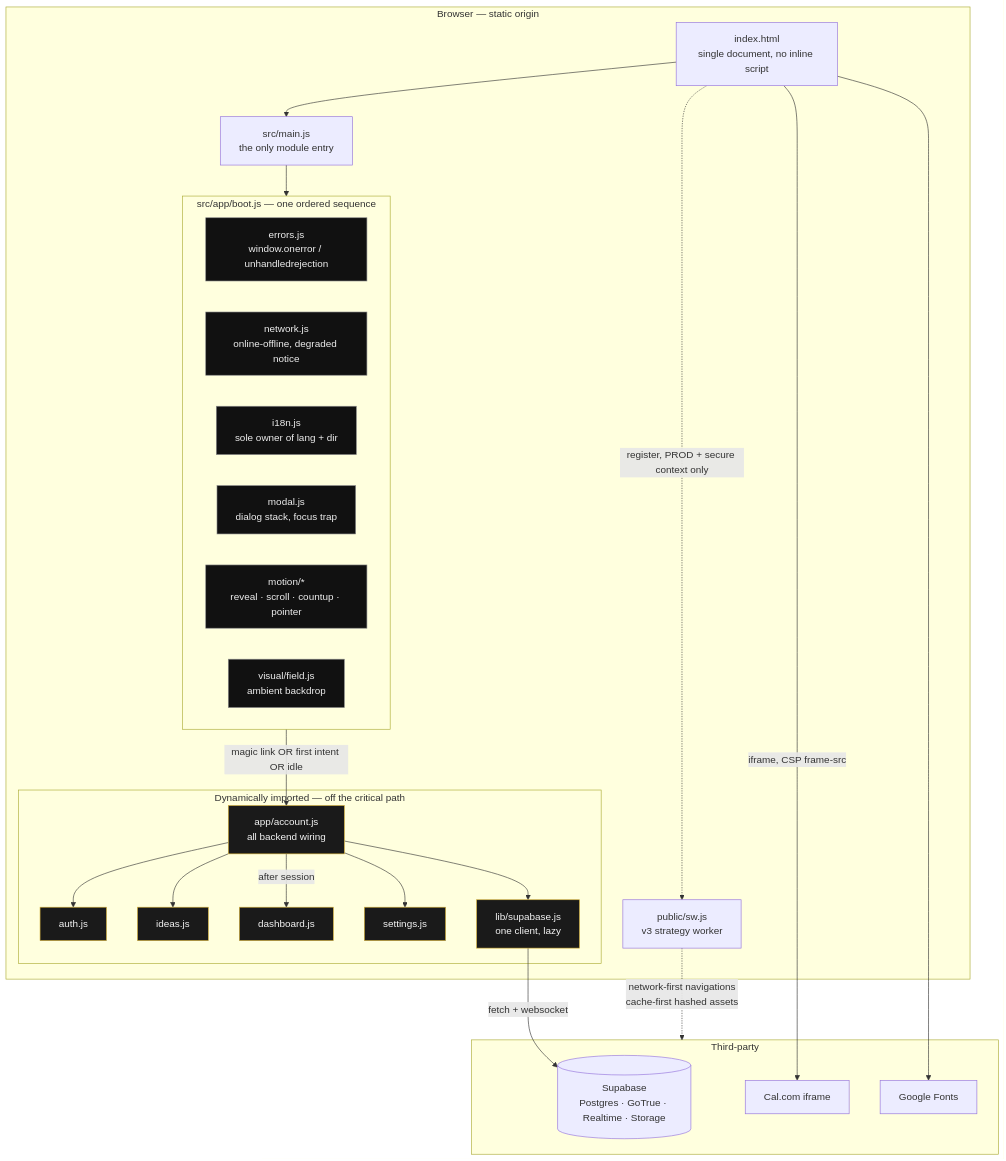
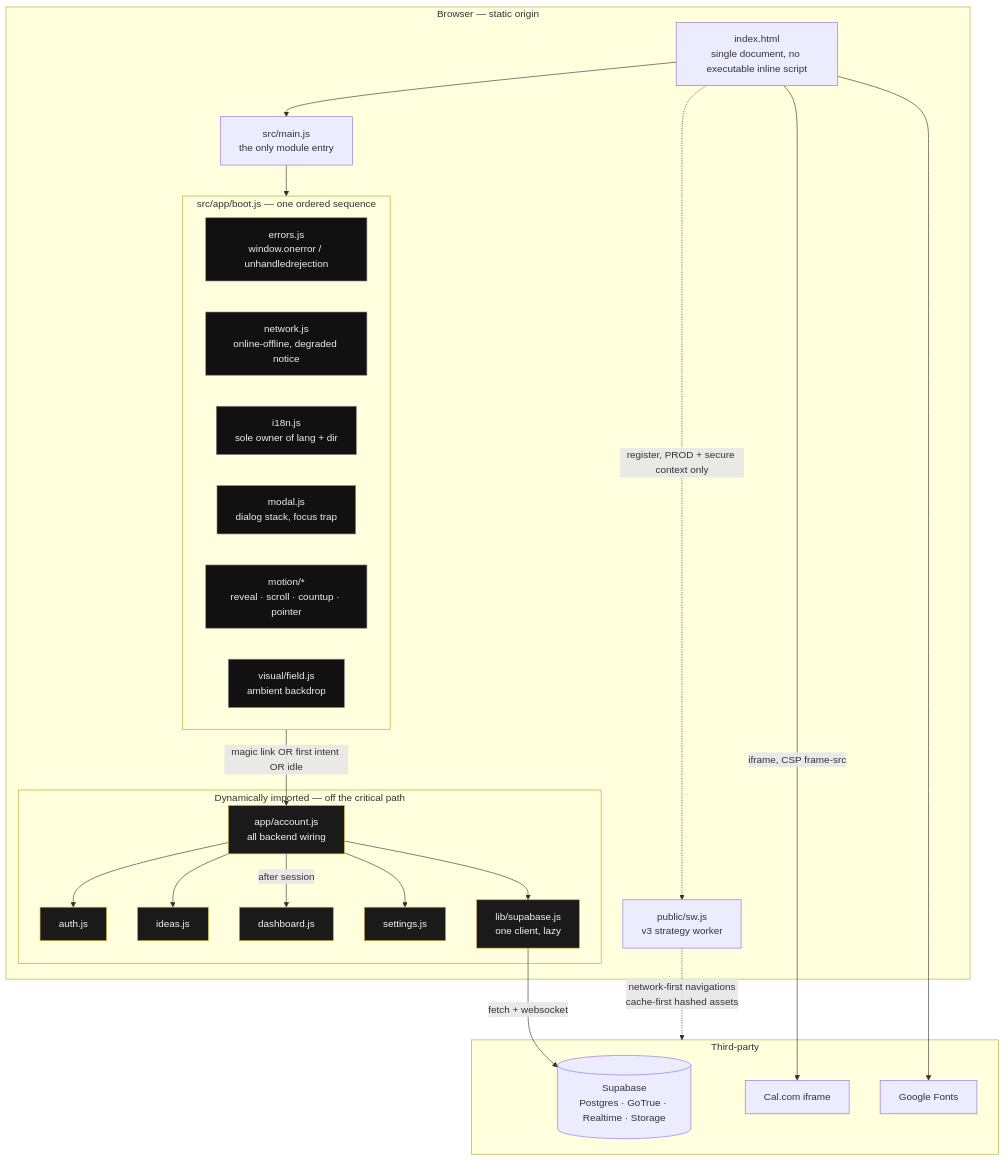
Before and after one commit to YASLOGIST/urlf-up: the first of 7 diagrams in docs/ARCHITECTURE.md, drawn with Mermaid. The commit also changed other lines of this file and 8 other files, not shown here.

````diff
--- a/docs/ARCHITECTURE.md
+++ b/docs/ARCHITECTURE.md
@@ -61,49 +61,49 @@
 ```mermaid
 graph TD
   subgraph Browser["Browser — static origin"]
-    HTML["index.html<br/>single document, no inline script"]
+    HTML["index.html<br/>single document, no executable inline script"]
     MAIN["src/main.js<br/>the only module entry"]
 
     subgraph Boot["src/app/boot.js — one ordered sequence"]
       ERR["errors.js<br/>window.onerror / unhandledrejection"]
       NET["network.js<br/>online-offline, degraded notice"]
       I18N["i18n.js<br/>sole owner of lang + dir"]
       MODAL["modal.js<br/>dialog stack, focus trap"]
       MOTION["motion/*<br/>reveal · scroll · countup · pointer"]
       FIELD["visual/field.js<br/>ambient backdrop"]
     end
 
     subgraph Lazy["Dynamically imported — off the critical path"]
       ACCOUNT["app/account.js<br/>all backend wiring"]
       AUTH["auth.js"]
       IDEAS["ideas.js"]
       DASH["dashboard.js"]
       SETTINGS["settings.js"]
       SB["lib/supabase.js<br/>one client, lazy"]
     end
 
     SW["public/sw.js<br/>v3 strategy worker"]
   end
 
   subgraph Remote["Third-party"]
     SUPA[("Supabase<br/>Postgres · GoTrue · Realtime · Storage")]
     CAL["Cal.com iframe"]
     FONTS["Google Fonts"]
   end
 
   HTML --> MAIN --> Boot
   Boot -->|"magic link OR first intent OR idle"| ACCOUNT
   ACCOUNT --> AUTH & IDEAS & SETTINGS
   ACCOUNT --> SB
   ACCOUNT -->|"after session"| DASH
   SB -->|"fetch + websocket"| SUPA
   HTML -->|"iframe, CSP frame-src"| CAL
   HTML --> FONTS
   HTML -.->|"register, PROD + secure context only"| SW
   SW -.->|"network-first navigations<br/>cache-first hashed assets"| Remote
 
   classDef lazy fill:#1a1a1a,stroke:#D4AF37,color:#f5f5f5;
   classDef core fill:#111,stroke:#888,color:#eee;
   class ACCOUNT,AUTH,IDEAS,DASH,SETTINGS,SB lazy;
   class ERR,NET,I18N,MODAL,MOTION,FIELD core;
 ```
````
